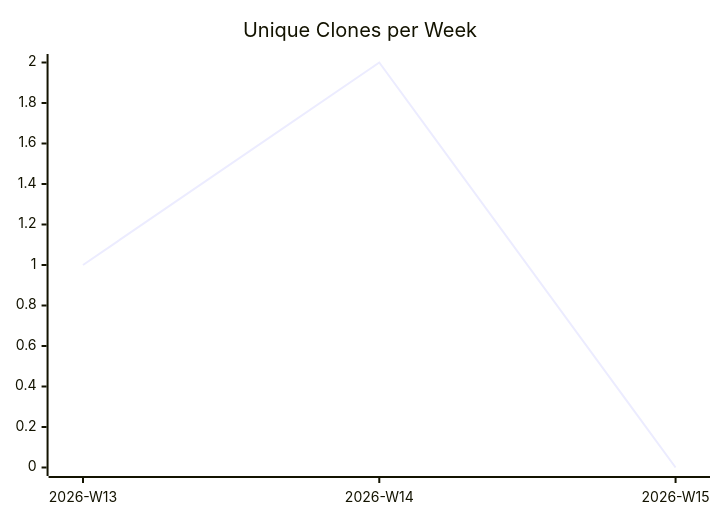
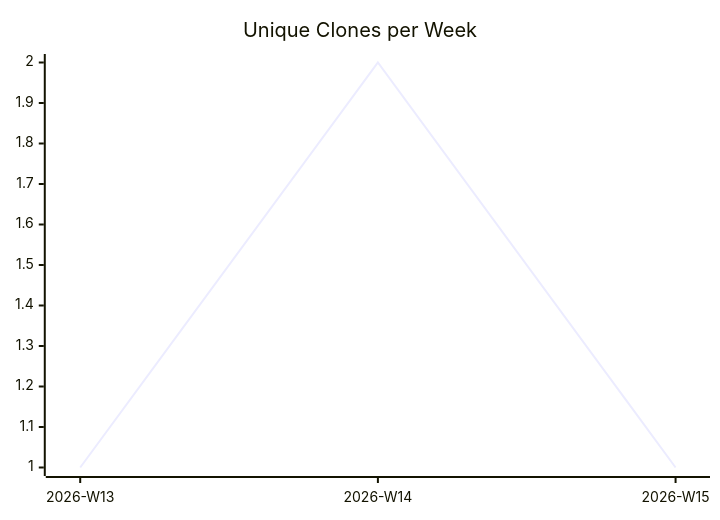
The third of 3 diagrams in karlmdavis/hello-rust-actix/README.md (justdavis-family/github-analytics-data), drawn with Mermaid before and after one commit. The commit also changed other lines of this file and 191 other files, not shown here.

````diff
--- a/karlmdavis/hello-rust-actix/README.md
+++ b/karlmdavis/hello-rust-actix/README.md
@@ -19,6 +19,6 @@
 ```mermaid
 xychart-beta
   title "Unique Clones per Week"
   x-axis ["2026-W13", "2026-W14", "2026-W15"]
-  line [1, 2, 0]
+  line [1, 2, 1]
 ```
````
